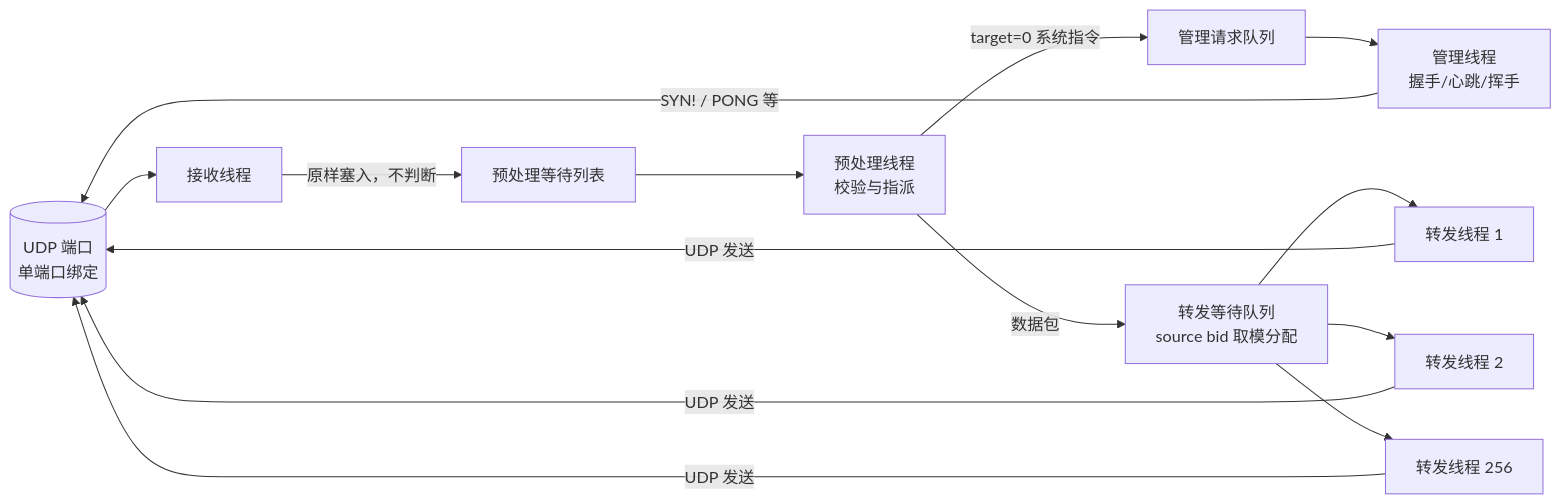
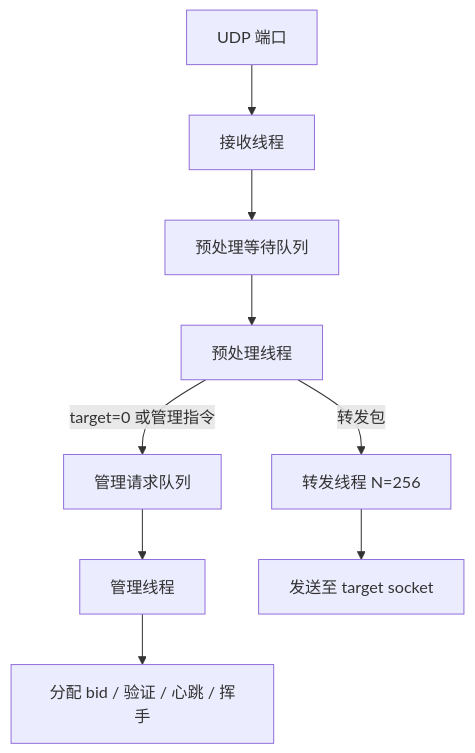
Before and after one commit to moky/magpie-bridge: the second of 4 diagrams in docs/design-architecture.zh-CN.md, drawn with Mermaid. The commit also changed other lines of this file and 9 other files, not shown here.

````diff
--- a/docs/design-architecture.zh-CN.md
+++ b/docs/design-architecture.zh-CN.md
@@ -32,16 +25,11 @@
 ```mermaid
-flowchart LR
-    UDP[(UDP 端口<br/>单端口绑定)] --> R[接收线程]
-    R -->|"原样塞入，不判断"| Q1[预处理等待列表]
-    Q1 --> PP[预处理线程<br/>校验与指派]
-    PP -->|"target=0 系统指令"| MQ[管理请求队列]
-    PP -->|"数据包"| Q2[转发等待队列<br/>source bid 取模分配]
-    MQ --> MT[管理线程<br/>握手/心跳/挥手]
-    Q2 --> FT1[转发线程 1]
-    Q2 --> FT2[转发线程 2]
-    Q2 --> FTN[转发线程 256]
-    MT -->|"SYN! / PONG 等"| UDP
-    FT1 -->|"UDP 发送"| UDP
-    FT2 -->|"UDP 发送"| UDP
-    FTN -->|"UDP 发送"| UDP
+flowchart TD
+    UDP["UDP 端口"] --> R["接收线程"]
+    R --> WQ["预处理等待队列"]
+    WQ --> P["预处理线程"]
+    P -->|"target=0 或管理指令"| MQ["管理请求队列"]
+    P -->|"转发包"| D["转发线程 N=256"]
+    MQ --> M["管理线程"]
+    D --> T["发送至 target socket"]
+    M --> SYS["分配 bid / 验证 / 心跳 / 挥手"]
 ```
````
